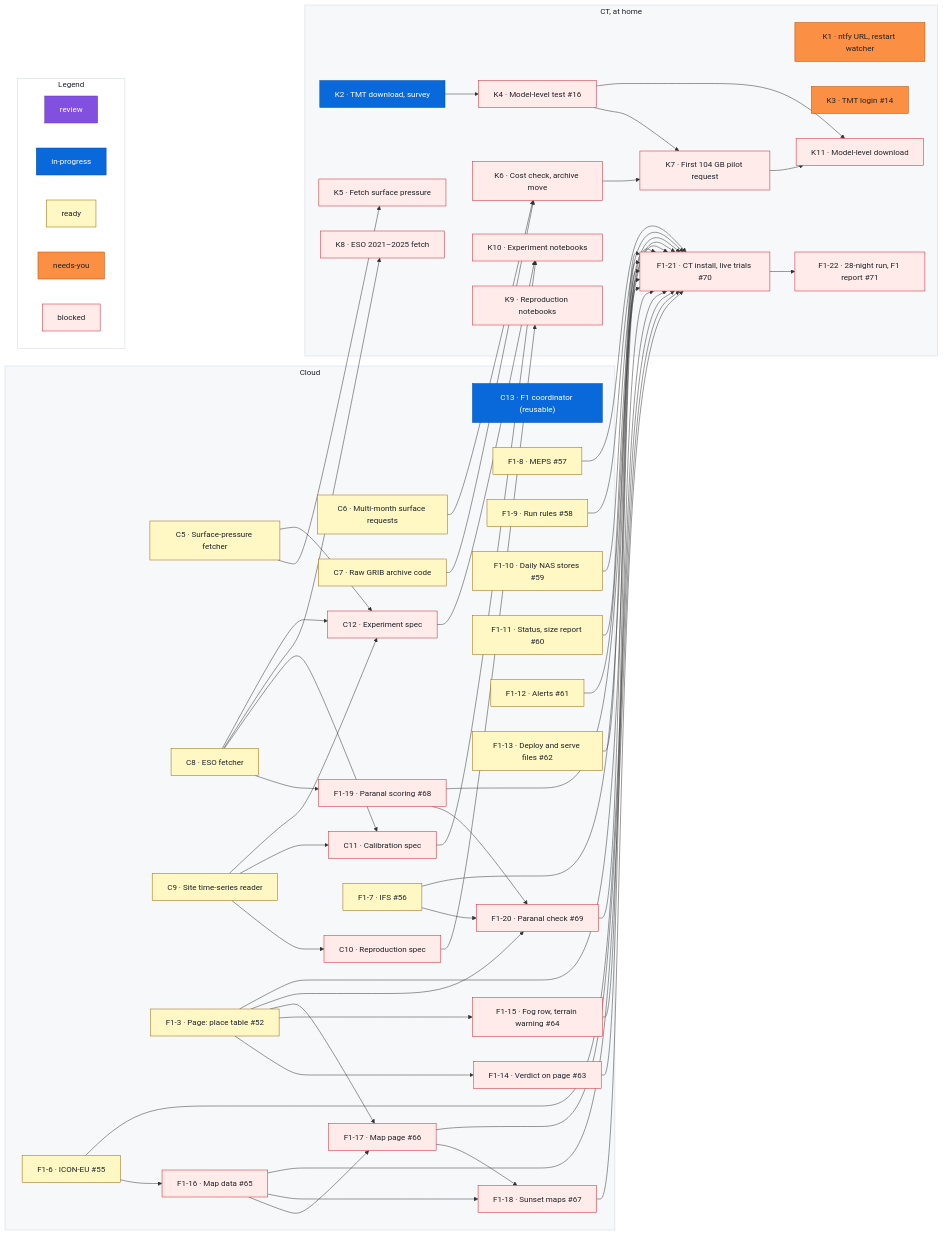
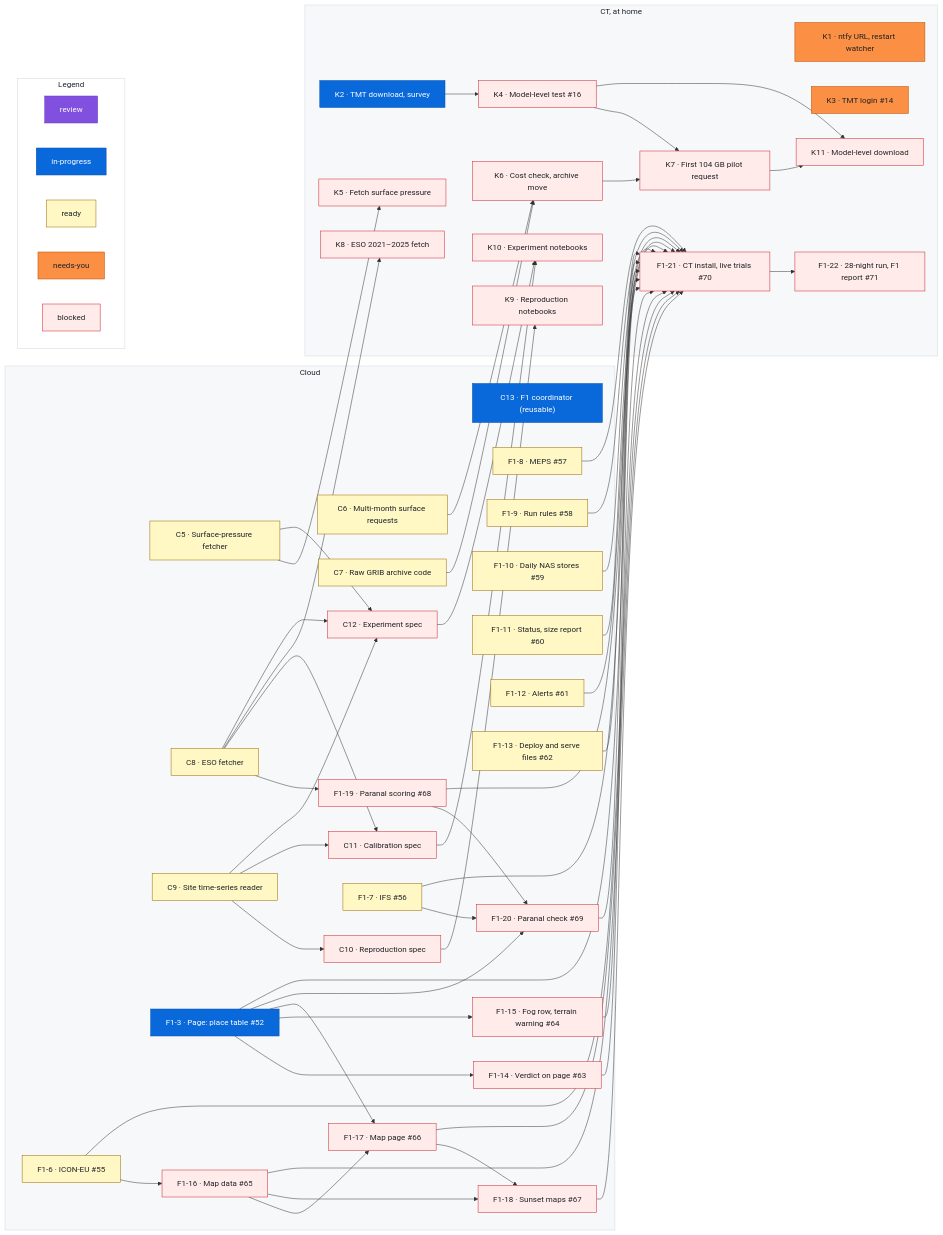
Before and after one commit to rrweller/Astro-seeing: the diagram in docs/roadmap.md, drawn with Mermaid. The commit also changed other lines of this file, not shown here.

Commit message:
roadmap: F1-3 ready → in-progress

```diff
--- a/docs/roadmap.md
+++ b/docs/roadmap.md
@@ -221,7 +221,7 @@
   %% ---
   class C13 inprogress
   %% ---
-  class F1_3 ready
+  class F1_3 inprogress
   %% ---
   class F1_6 ready
   %% ---
```
